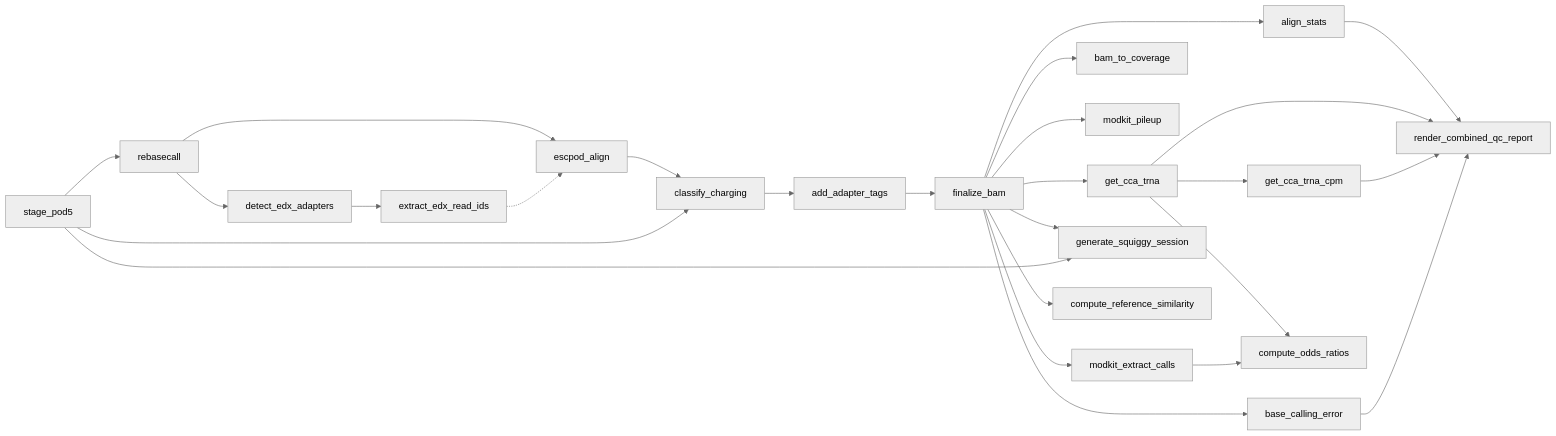
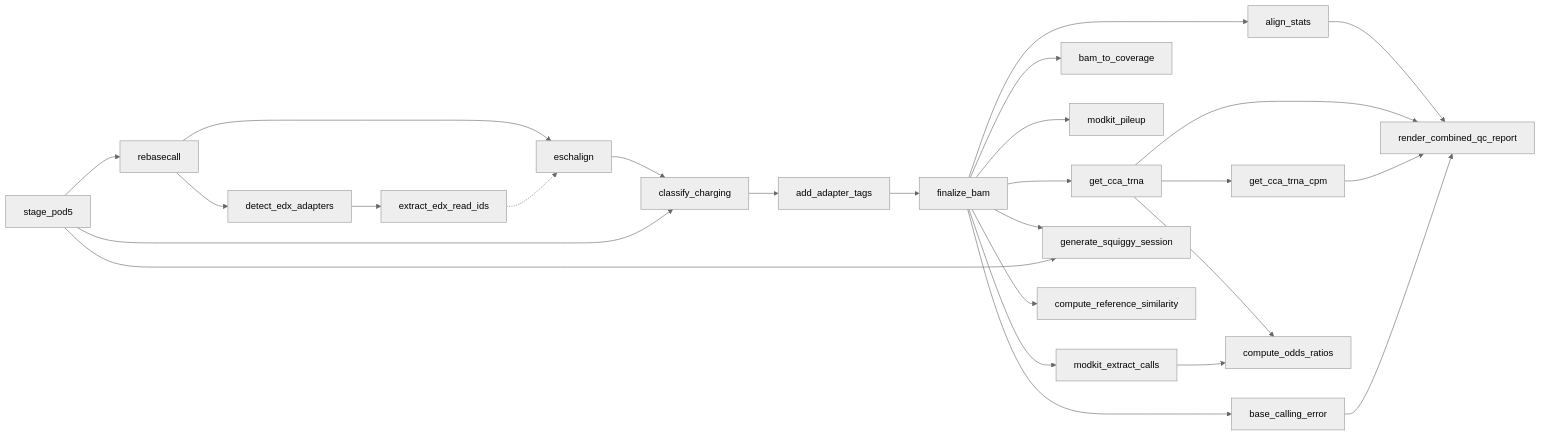
One commit to rnabioco/aa-tRNA-seq-pipeline changed the diagram in docs/workflow/rules-reference.md. Above: the diagram before and after it, drawn with Mermaid (neutral theme). The commit also changed other lines of this file and 37 other files, not shown here.

First line of the commit message:
feat(align): migrate alignment from escpod align to eschalign (#203)

````diff
--- a/docs/workflow/rules-reference.md
+++ b/docs/workflow/rules-reference.md
@@ -654,28 +654,28 @@
 ```mermaid
 flowchart LR
     stage_pod5 --> rebasecall
-    rebasecall --> escpod_align
+    rebasecall --> eschalign
     rebasecall --> detect_edx_adapters
     detect_edx_adapters --> extract_edx_read_ids
-    extract_edx_read_ids -.-> escpod_align
-    escpod_align --> classify_charging
+    extract_edx_read_ids -.-> eschalign
+    eschalign --> classify_charging
     stage_pod5 --> classify_charging
     classify_charging --> add_adapter_tags
     add_adapter_tags --> finalize_bam
     finalize_bam --> get_cca_trna
     finalize_bam --> base_calling_error
     finalize_bam --> align_stats
     finalize_bam --> bam_to_coverage
     finalize_bam --> modkit_pileup
     finalize_bam --> modkit_extract_calls
     get_cca_trna --> get_cca_trna_cpm
     get_cca_trna --> compute_odds_ratios
     modkit_extract_calls --> compute_odds_ratios
     finalize_bam --> generate_squiggy_session
     stage_pod5 --> generate_squiggy_session
     finalize_bam --> compute_reference_similarity
     align_stats --> render_combined_qc_report
     get_cca_trna --> render_combined_qc_report
     get_cca_trna_cpm --> render_combined_qc_report
     base_calling_error --> render_combined_qc_report
 ```
````
